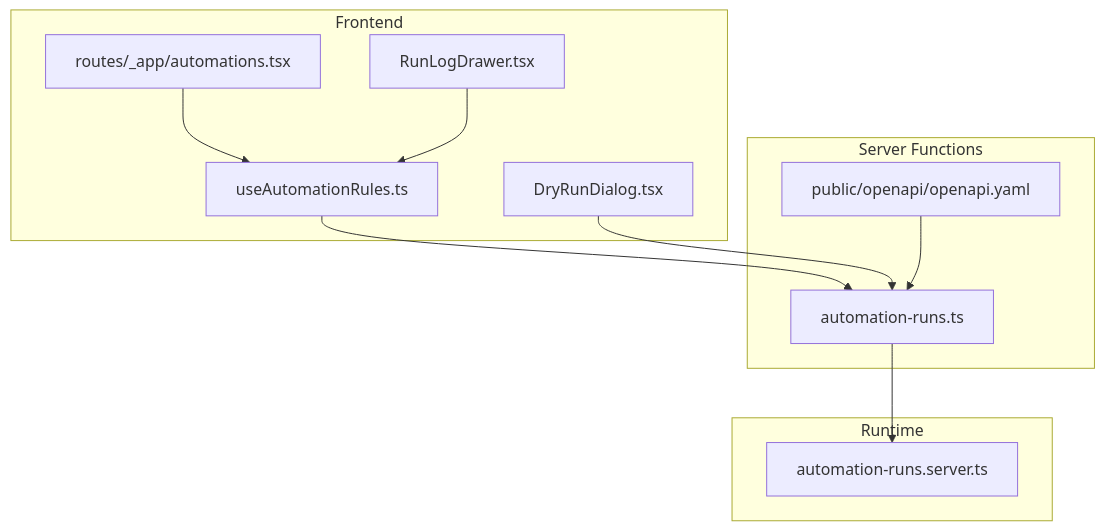
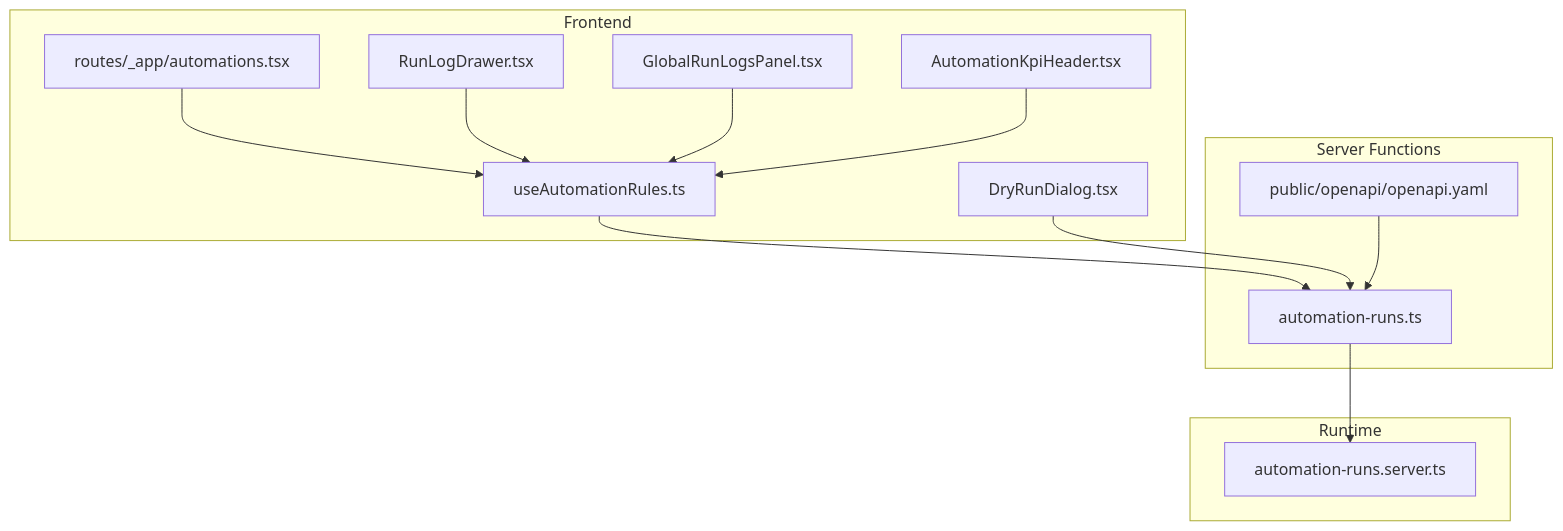
The first of 9 diagrams in .qoder/repowiki/en/content/Automation System/Automation Monitoring and Logs.md (gastaldellomarco/pcReady), drawn with Mermaid before and after one commit. The commit also changed other lines of this file and 19 other files, not shown here.

First line of the commit message:
feat(automation): enhance Automation Flow Builder with dual-mode design and advanced UI

````diff
--- a/.qoder/repowiki/en/content/Automation System/Automation Monitoring and Logs.md
+++ b/.qoder/repowiki/en/content/Automation System/Automation Monitoring and Logs.md
@@ -42,22 +56,26 @@
 ```mermaid
 graph TB
 subgraph "Frontend"
 Hook["useAutomationRules.ts"]
 UI["RunLogDrawer.tsx"]
 Dry["DryRunDialog.tsx"]
+GlobalPanel["GlobalRunLogsPanel.tsx"]
+KPI["AutomationKpiHeader.tsx"]
 Route["routes/_app/automations.tsx"]
 end
 subgraph "Server Functions"
 SFuncs["automation-runs.ts"]
 OpenAPI["public/openapi/openapi.yaml"]
 end
 subgraph "Runtime"
 SRV["automation-runs.server.ts"]
 end
 Hook --> SFuncs
 Route --> Hook
 UI --> Hook
 Dry --> SFuncs
+GlobalPanel --> Hook
+KPI --> Hook
 SFuncs --> SRV
 OpenAPI --> SFuncs
 ```
````
